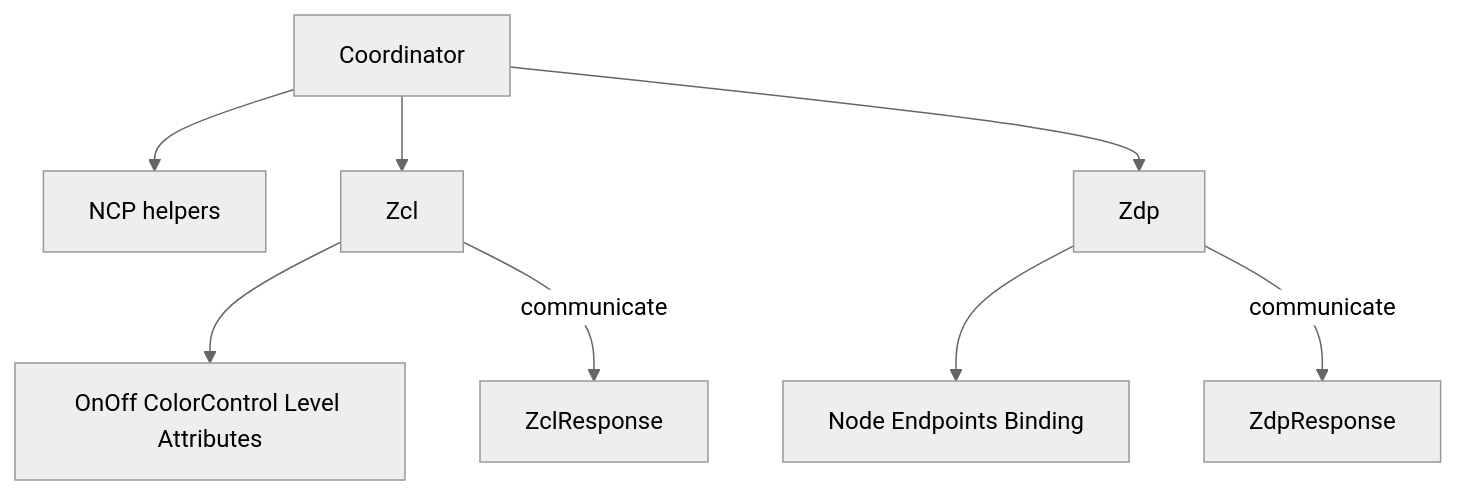
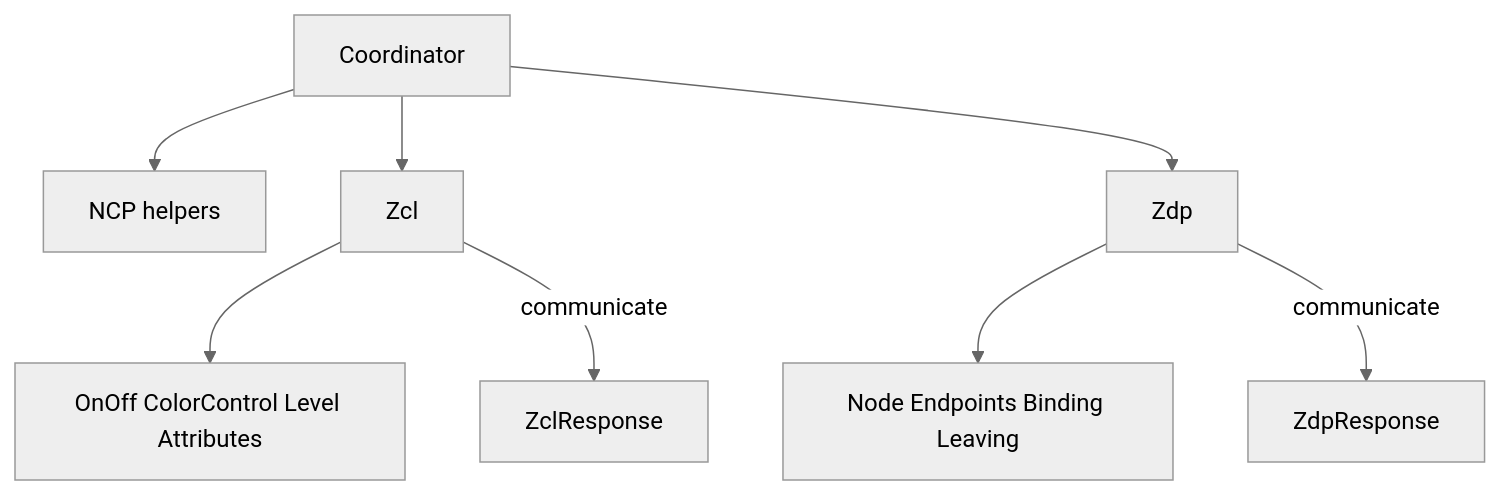
The fourth of 4 diagrams in coordinator/ARCHITECTURE.md (PaulmannLighting/apis-saltans), drawn with Mermaid (neutral theme) before and after one commit. The commit also changed 4 other files, not shown here.

````diff
--- a/coordinator/ARCHITECTURE.md
+++ b/coordinator/ARCHITECTURE.md
@@ -405,19 +405,19 @@
 ```mermaid
 flowchart TD
     C[Coordinator]
     N[NCP helpers]
     ZCL[Zcl]
     ZDP[Zdp]
     CL[OnOff ColorControl Level Attributes]
-    DS[Node Endpoints Binding]
+    DS[Node Endpoints Binding Leaving]
     ZCLR[ZclResponse]
     ZDPR[ZdpResponse]
 
     C --> N
     C --> ZCL
     C --> ZDP
     ZCL --> CL
     ZDP --> DS
     ZCL -->|communicate| ZCLR
     ZDP -->|communicate| ZDPR
 ```
````
